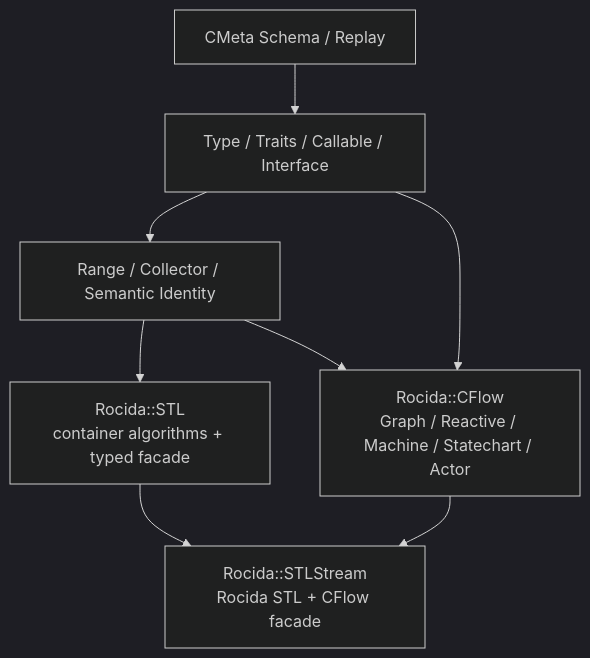
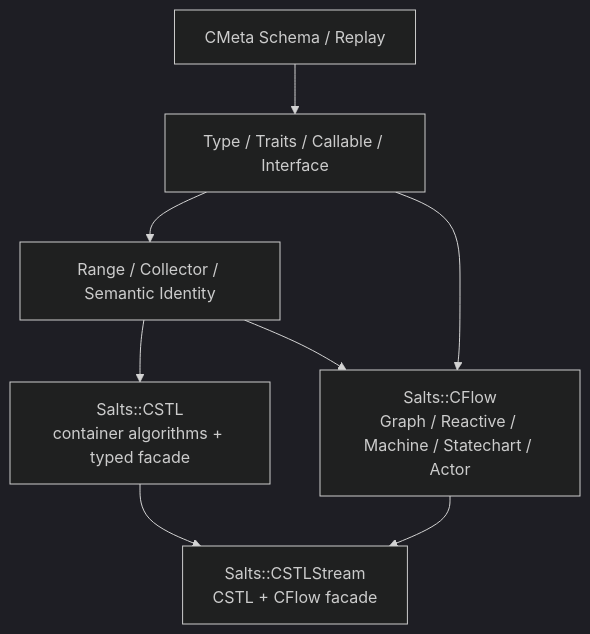
The first of 3 diagrams in book/第十五章：从 Macro Reuse 到 Typed Computation——CMeta - CFlow 对 Modern C 的真正意义.md (qigao/salts), drawn with Mermaid (dark theme) before and after one commit. The commit also changed other lines of this file and 990 other files, not shown here.

Commit message:
refactor: rename TurboUtils to Salts and CSTL

````diff
--- a/book/第十五章：从 Macro Reuse 到 Typed Computation——CMeta - CFlow 对 Modern C 的真正意义.md
+++ b/book/第十五章：从 Macro Reuse 到 Typed Computation——CMeta - CFlow 对 Modern C 的真正意义.md
@@ -130,16 +130,16 @@
 ```mermaid
 flowchart TD
     PP["CMeta Schema / Replay"]
     SEM["Type / Traits / Callable / Interface"]
     PROTO["Range / Collector / Semantic Identity"]
-    STL["Rocida::STL<br/>container algorithms + typed facade"]
-    FLOW["Rocida::CFlow<br/>Graph / Reactive / Machine / Statechart / Actor"]
-    STLS["Rocida::STLStream<br/>Rocida STL + CFlow facade"]
+    STL["Salts::CSTL<br/>container algorithms + typed facade"]
+    FLOW["Salts::CFlow<br/>Graph / Reactive / Machine / Statechart / Actor"]
+    STLS["Salts::CSTLStream<br/>CSTL + CFlow facade"]
 
     PP --> SEM --> PROTO
     PROTO --> STL
     SEM --> FLOW
     PROTO --> FLOW
     STL --> STLS
     FLOW --> STLS
 ```
````
